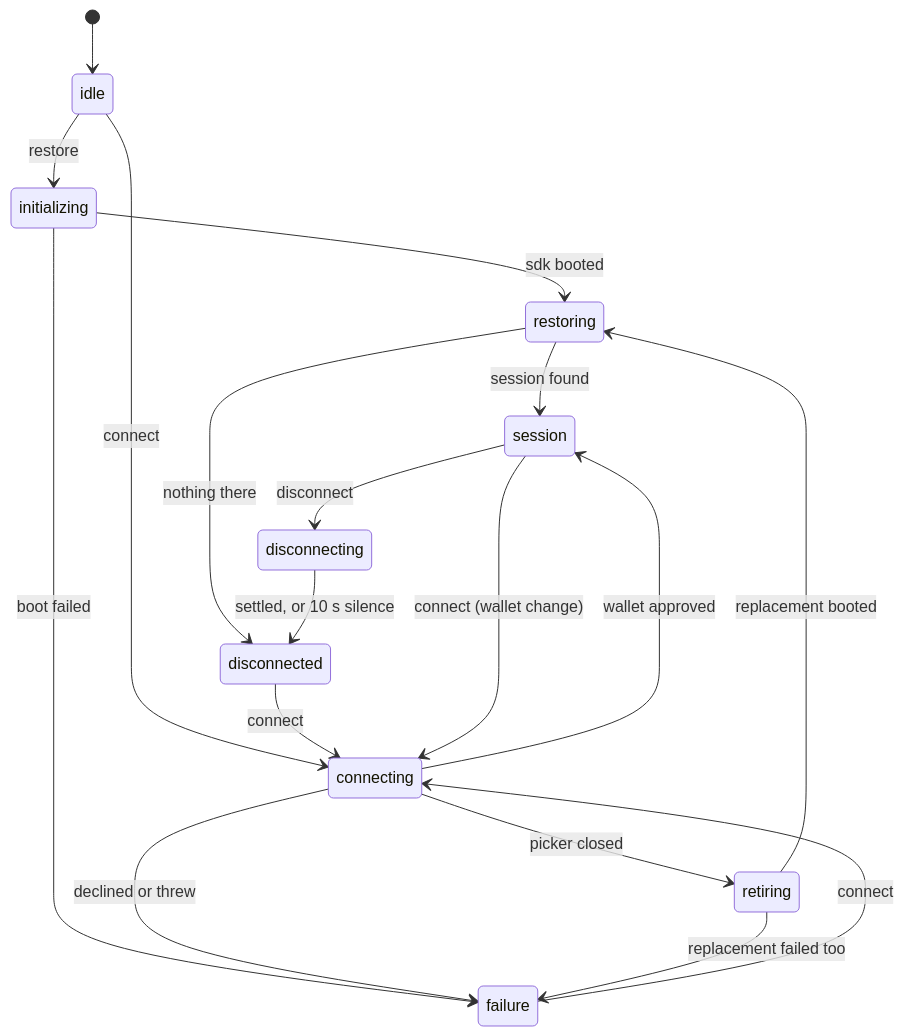
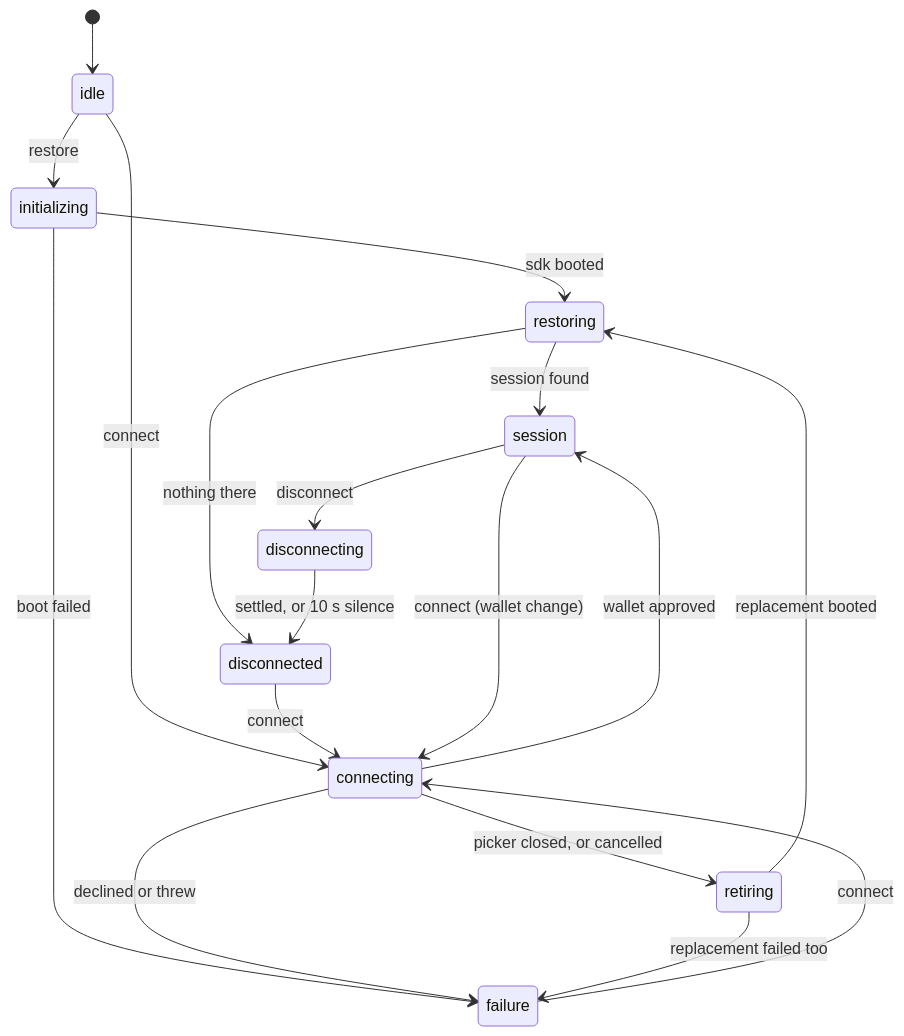
One commit to BootNodeDev/canton-dappbooster changed the first of 2 diagrams in canton-connect/architecture/connection-machine.md. Above: the diagram before and after it, drawn with Mermaid. The commit also changed other lines of this file and 4 other files, not shown here.

````diff
--- a/canton-connect/architecture/connection-machine.md
+++ b/canton-connect/architecture/connection-machine.md
@@ -10,20 +10,20 @@
 ```mermaid
 stateDiagram-v2
     [*] --> idle
     idle --> initializing: restore
     initializing --> restoring: sdk booted
     initializing --> failure: boot failed
     restoring --> session: session found
     restoring --> disconnected: nothing there
     idle --> connecting: connect
     disconnected --> connecting: connect
     failure --> connecting: connect
     session --> connecting: connect (wallet change)
     connecting --> session: wallet approved
     connecting --> failure: declined or threw
-    connecting --> retiring: picker closed
+    connecting --> retiring: picker closed, or cancelled
     retiring --> restoring: replacement booted
     retiring --> failure: replacement failed too
     session --> disconnecting: disconnect
     disconnecting --> disconnected: settled, or 10 s silence
 ```
````
